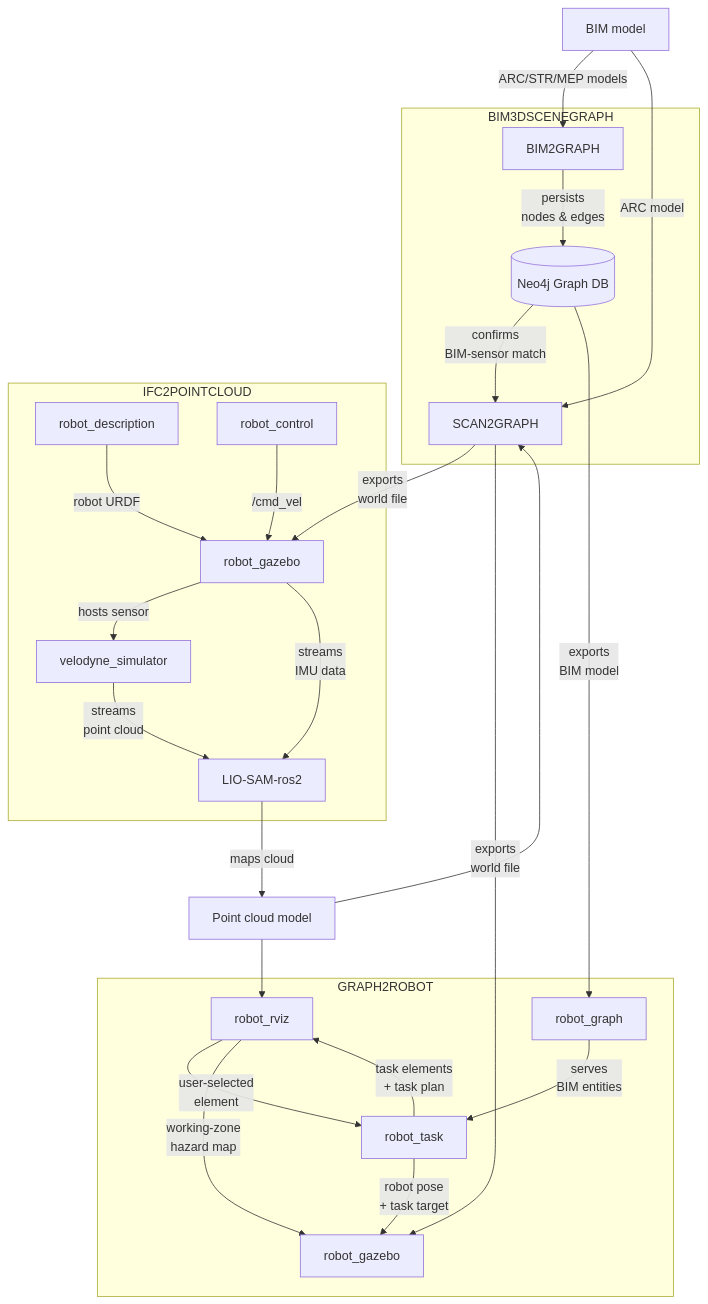
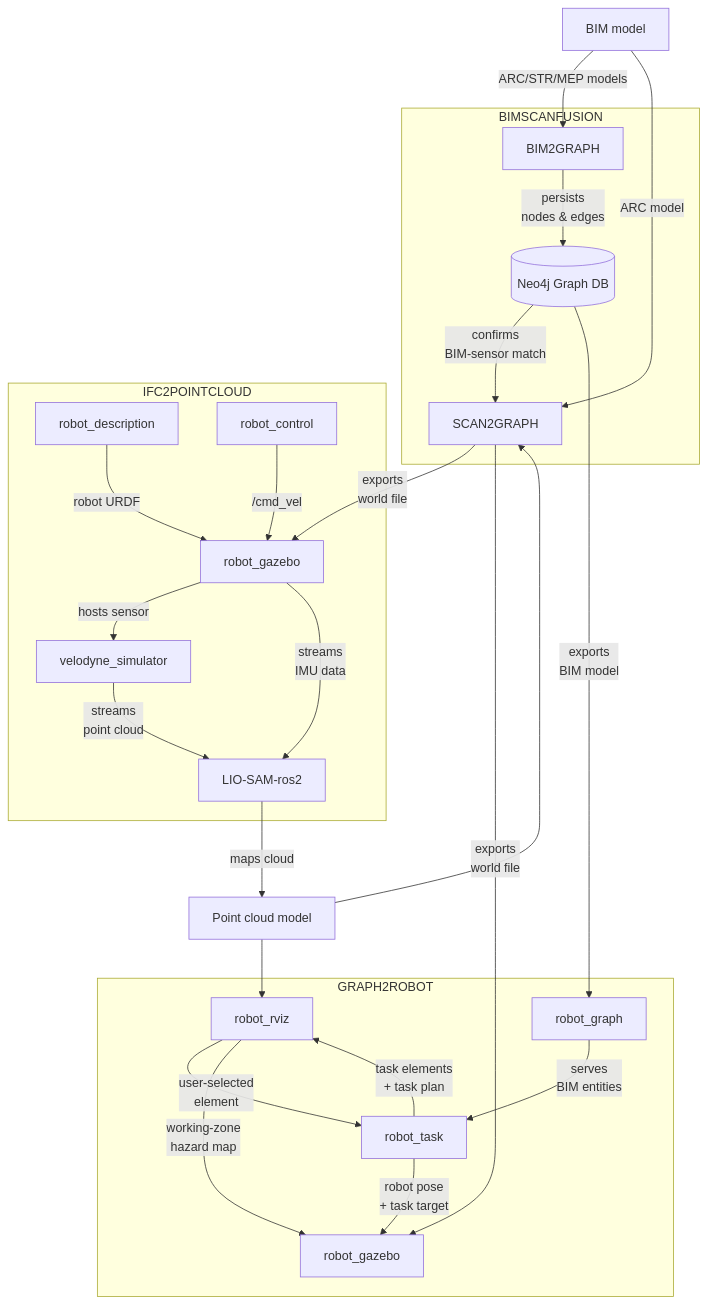
The diagram in docs/project-architecture.md (GunwoongBang/bim3dscenegraph), drawn with Mermaid before and after one commit. The commit also changed 2 other files, not shown here.

Commit message:
bim3dscenegraph to bimscanfusion

````diff
--- a/docs/project-architecture.md
+++ b/docs/project-architecture.md
@@ -1,50 +1,50 @@
 ```mermaid
 flowchart TB
     BIM["BIM model"]
 
-    subgraph BIM3DSG["BIM3DSCENEGRAPH"]
+    subgraph BIMSCANFUSION["BIMSCANFUSION"]
         BIM2GRAPH
         SCAN2GRAPH
         Neo4j[("Neo4j Graph DB")]
     end
     
     subgraph I2PC["IFC2POINTCLOUD"]
         GAZEBO1["robot_gazebo"]
         robot_description
         robot_control
         velodyne_simulator
         LIO-SAM-ros2
     end
 
     subgraph G2R["GRAPH2ROBOT"]
         robot_graph
         robot_task
         robot_rviz
         GAZEBO2["robot_gazebo"]
     end
 
     PCD["Point cloud model"]
 
     BIM --> |ARC/STR/MEP models| BIM2GRAPH
     BIM --> |ARC model| SCAN2GRAPH
     BIM2GRAPH --> |persists </br>nodes & edges| Neo4j
     Neo4j --> |confirms </br>BIM-sensor match| SCAN2GRAPH
 
     SCAN2GRAPH --> |exports </br>world file| GAZEBO1
     SCAN2GRAPH --> |exports </br>world file| GAZEBO2
     robot_description --> |robot URDF| GAZEBO1
     robot_control --> |/cmd_vel| GAZEBO1
     GAZEBO1 --> |hosts sensor| velodyne_simulator
     GAZEBO1 --> |streams </br>IMU data| LIO-SAM-ros2
     velodyne_simulator --> |streams </br>point cloud| LIO-SAM-ros2
     LIO-SAM-ros2 --> |maps cloud| PCD
     PCD --> SCAN2GRAPH
     PCD --> robot_rviz
 
     Neo4j --> |exports </br>BIM model| robot_graph
     robot_graph --> |serves </br>BIM entities| robot_task
     robot_task --> |task elements </br>+ task plan| robot_rviz
     robot_task --> |robot pose </br>+ task target| GAZEBO2
     robot_rviz --> |user-selected </br>element| robot_task
     robot_rviz --> |working-zone </br>hazard map| GAZEBO2
 ```
````
